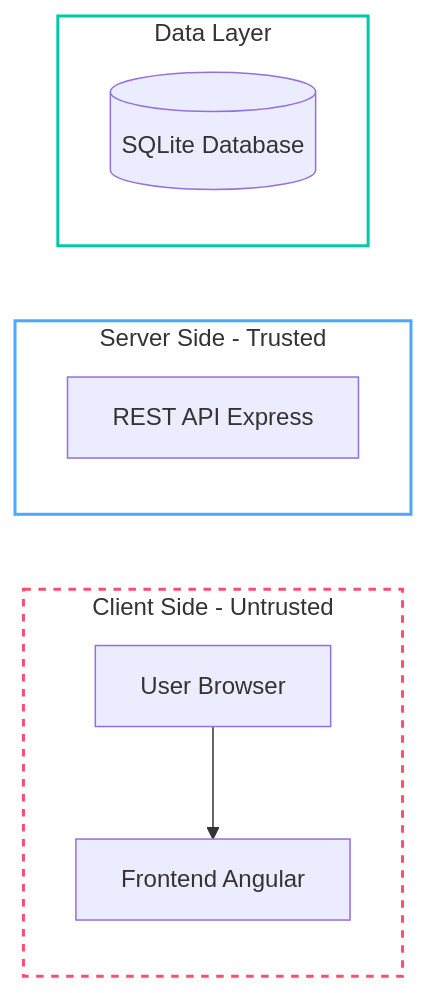
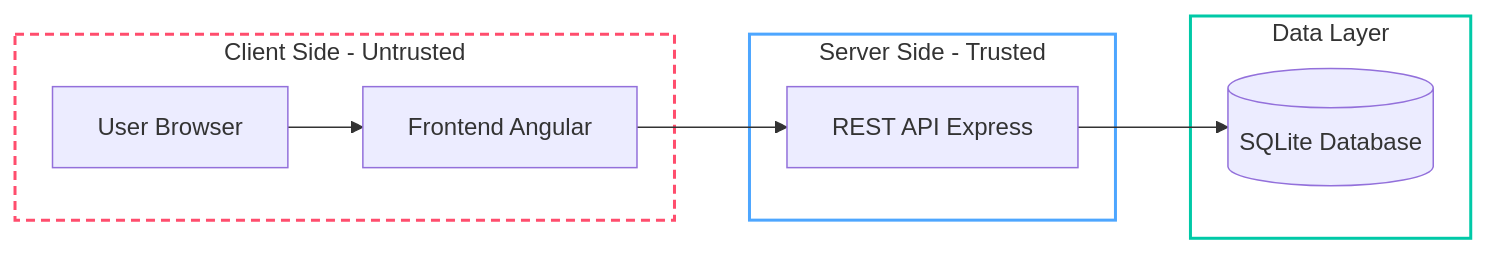
Before and after one commit to ZanAJA/PAW: the diagram in Mermaid.md, drawn with Mermaid.

````diff
--- a/Mermaid.md
+++ b/Mermaid.md
@@ -3,21 +3,24 @@
 ```mermaid
 flowchart LR
 
     subgraph CLIENT["Client Side - Untrusted"]
         U[User Browser]
         F[Frontend Angular]
         U --> F
     end
 
     subgraph SERVER["Server Side - Trusted"]
         A[REST API Express]
     end
 
     subgraph DATA["Data Layer"]
         D[(SQLite Database)]
     end
 
-    style CLIENT fill:none,stroke:#ff4d6d,stroke-width:2px,stroke-dasharray:5 5
+    F --> A
+    A --> D
+
+    style CLIENT fill:none,stroke:#ff4d6d,stroke-width:2px,stroke-dasharray:6 4
     style SERVER fill:none,stroke:#4da6ff,stroke-width:2px
     style DATA fill:none,stroke:#00c9a7,stroke-width:2px
 ```
````
